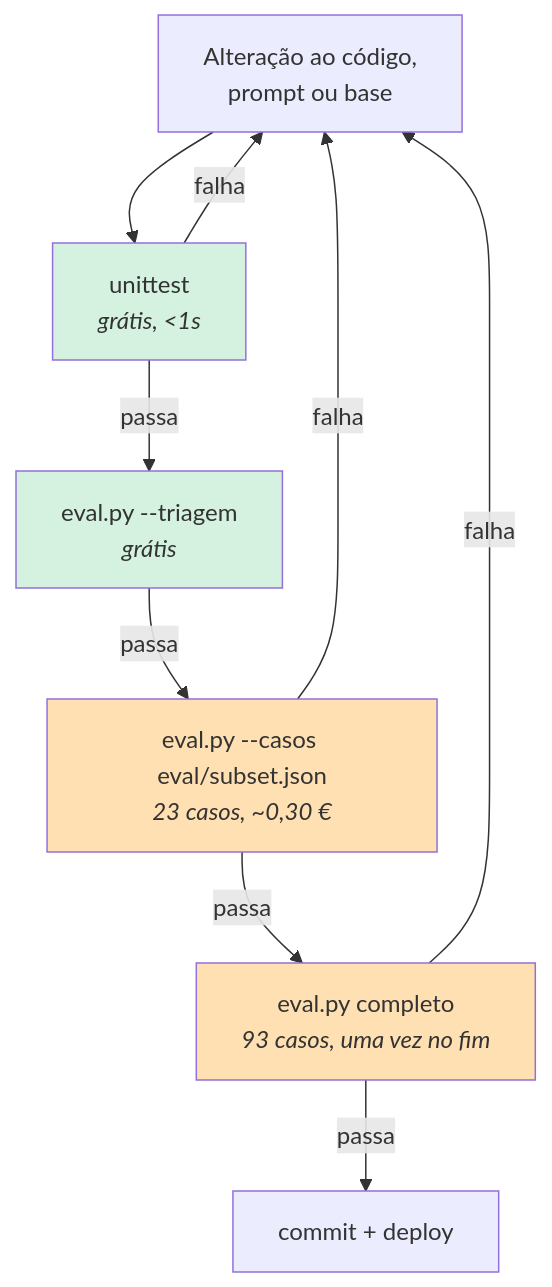
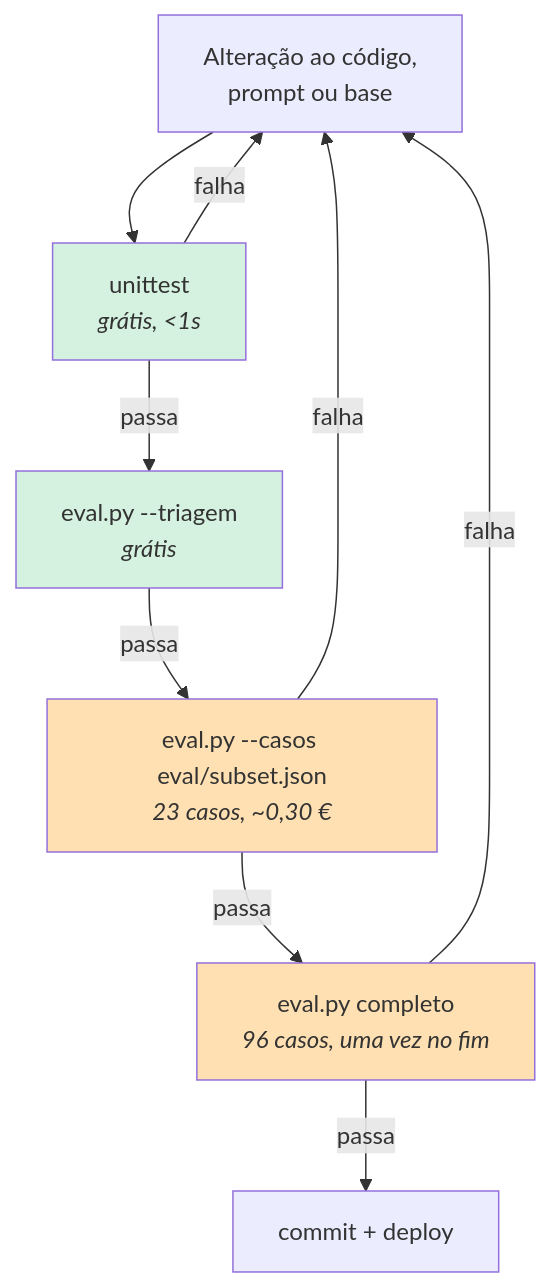
The third of 3 diagrams in docs/05-reliability/qa.md (joaocarvalhini/Outlook-Reply-Assistant), drawn with Mermaid before and after one commit. The commit also changed other lines of this file and 10 other files, not shown here.

````diff
--- a/docs/05-reliability/qa.md
+++ b/docs/05-reliability/qa.md
@@ -153,16 +153,16 @@
 ```mermaid
 flowchart TD
     A["Alteração ao código,<br/>prompt ou base"] --> B["unittest<br/><i>grátis, &lt;1s</i>"]
     B -->|passa| C["eval.py --triagem<br/><i>grátis</i>"]
     B -->|falha| A
     C -->|passa| D["eval.py --casos eval/subset.json<br/><i>23 casos, ~0,30 €</i>"]
-    D -->|passa| E["eval.py completo<br/><i>93 casos, uma vez no fim</i>"]
+    D -->|passa| E["eval.py completo<br/><i>96 casos, uma vez no fim</i>"]
     D -->|falha| A
     E -->|passa| F["commit + deploy"]
     E -->|falha| A
 
     style B fill:#d5f2e0
     style C fill:#d5f2e0
     style D fill:#ffe0b2
     style E fill:#ffe0b2
 ```
````
